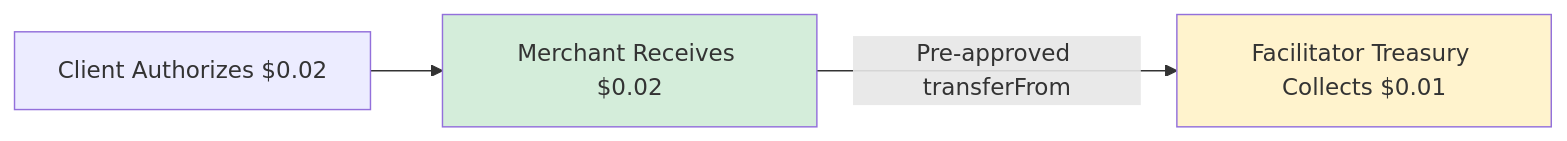
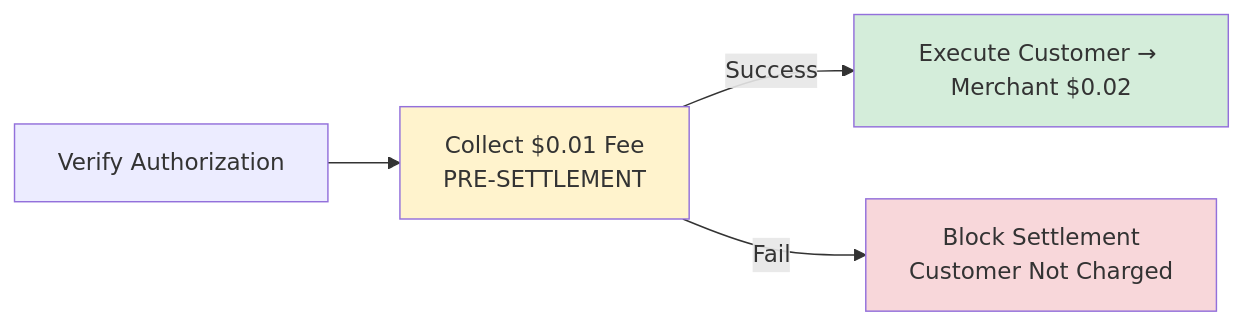
Before and after one commit to cascadingGeek/docs: the diagram in pricing.mdx, drawn with Mermaid. The commit also changed other lines of this file and 7 other files, not shown here.

````diff
--- a/pricing.mdx
+++ b/pricing.mdx
@@ -84,8 +95,10 @@
 ```mermaid
 flowchart LR
-    Client[Client Authorizes $0.02] --> Merchant[Merchant Receives $0.02]
-    Merchant --> |Pre-approved transferFrom| Treasury[Facilitator Treasury Collects $0.01]
+    Verify[Verify Authorization] --> CollectFee[Collect $0.01 Fee<br/>PRE-SETTLEMENT]
+    CollectFee --> |Success| Execute[Execute Customer → Merchant $0.02]
+    CollectFee --> |Fail| Block[Block Settlement<br/>Customer Not Charged]
     
-    style Merchant fill:#d4edda
-    style Treasury fill:#fff3cd
+    style CollectFee fill:#fff3cd
+    style Execute fill:#d4edda
+    style Block fill:#f8d7da
 ```
````
